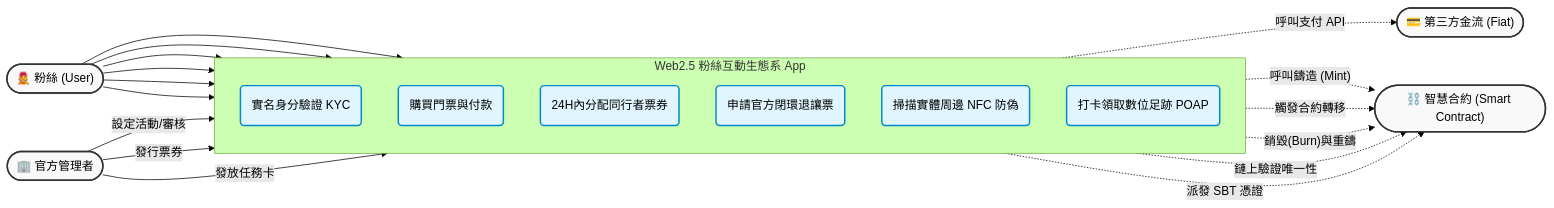
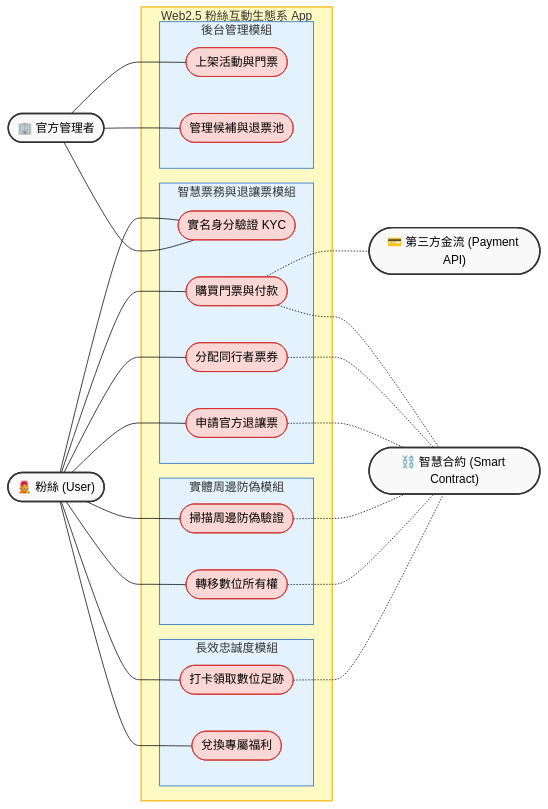
The diagram in UML.md (zhuang147/Blockchain-fan-economy-document), drawn with Mermaid (forest theme) before and after one commit.

````diff
--- a/UML.md
+++ b/UML.md
@@ -2,46 +2,71 @@
 ```mermaid
 flowchart LR
-    %% 定義參與者
+    %% 定義左側主動參與者
     Fan(["🧑‍🎤 粉絲 (User)"])
     Admin(["🏢 官方管理者"])
-    SC(["⛓️ 智慧合約 (Smart Contract)"])
-    Pay(["💳 第三方金流 (Fiat)"])
 
-    %% 定義系統邊界與案例
+    %% 定義系統邊界與模組 (移除 direction TB 讓畫面更容易向兩側展開)
     subgraph SystemBoundary [Web2.5 粉絲互動生態系 App]
-        direction TB
-        UC1(實名身分驗證 KYC)
-        UC2(購買門票與付款)
-        UC3(24H內分配同行者票券)
-        UC4(申請官方閉環退讓票)
-        UC5(掃描實體周邊 NFC 防偽)
-        UC6(打卡領取數位足跡 POAP)
+        
+        subgraph TicketSystem [智慧票務與退讓票模組]
+            UC1([實名身分驗證 KYC])
+            UC2([購買門票與付款])
+            UC3([分配同行者票券])
+            UC4([申請官方退讓票])
+        end
+
+        subgraph MerchSystem [實體周邊防偽模組]
+            UC5([掃描周邊防偽驗證])
+            UC6([轉移數位所有權])
+        end
+
+        subgraph LoyaltySystem [長效忠誠度模組]
+            UC7([打卡領取數位足跡])
+            UC8([兌換專屬福利])
+        end
+
+        subgraph AdminSystem [後台管理模組]
+            UC9([上架活動與門票])
+            UC10([管理候補與退票池])
+        end
     end
 
-    %% 粉絲互動線
-    Fan --> UC1
-    Fan --> UC2
-    Fan --> UC3
-    Fan --> UC4
-    Fan --> UC5
-    Fan --> UC6
+    %% 定義右側外部依賴系統
+    SC(["⛓️ 智慧合約 (Smart Contract)"])
+    Pay(["💳 第三方金流 (Payment API)"])
 
-    %% 管理者互動線
-    Admin -->|設定活動/審核| UC1
-    Admin -->|發行票券| UC2
-    Admin -->|發放任務卡| UC6
+    %% 左側粉絲主動互動連線 (實線)
+    Fan --- UC1
+    Fan --- UC2
+    Fan --- UC3
+    Fan --- UC4
+    Fan --- UC5
+    Fan --- UC6
+    Fan --- UC7
+    Fan --- UC8
 
-    %% 系統與外部/區塊鏈互動線
-    UC2 -. "呼叫支付 API" .-> Pay
-    UC2 -. "呼叫鑄造 (Mint)" .-> SC
-    UC3 -. "觸發合約轉移" .-> SC
-    UC4 -. "銷毀(Burn)與重鑄" .-> SC
-    UC5 -. "鏈上驗證唯一性" .-> SC
-    UC6 -. "派發 SBT 憑證" .-> SC
+    %% 左側官方管理者互動連線 (實線)
+    Admin --- UC1
+    Admin --- UC9
+    Admin --- UC10
 
-    %% 樣式設定
+    %% 右側外部系統被動呼叫連線 (虛線，代表系統依賴)
+    UC2 -.- Pay
+    UC2 -.- SC
+    UC3 -.- SC
+    UC4 -.- SC
+    UC5 -.- SC
+    UC6 -.- SC
+    UC7 -.- SC
+
+    %% 樣式與排版設定
     classDef actor fill:#f9f9f9,stroke:#333,stroke-width:2px;
-    classDef usecase fill:#e1f5fe,stroke:#0288d1,stroke-width:2px;
+    classDef usecase fill:#fad7d4,stroke:#d32f2f,stroke-width:1px;
+    classDef package fill:#e3f2fd,stroke:#1565c0,stroke-width:1px;
+    classDef boundary fill:#fff9c4,stroke:#fbc02d,stroke-width:2px;
+
     class Fan,Admin,SC,Pay actor;
-    class UC1,UC2,UC3,UC4,UC5,UC6 usecase;
+    class UC1,UC2,UC3,UC4,UC5,UC6,UC7,UC8,UC9,UC10 usecase;
+    class TicketSystem,MerchSystem,LoyaltySystem,AdminSystem package;
+    class SystemBoundary boundary;
 ```
````
